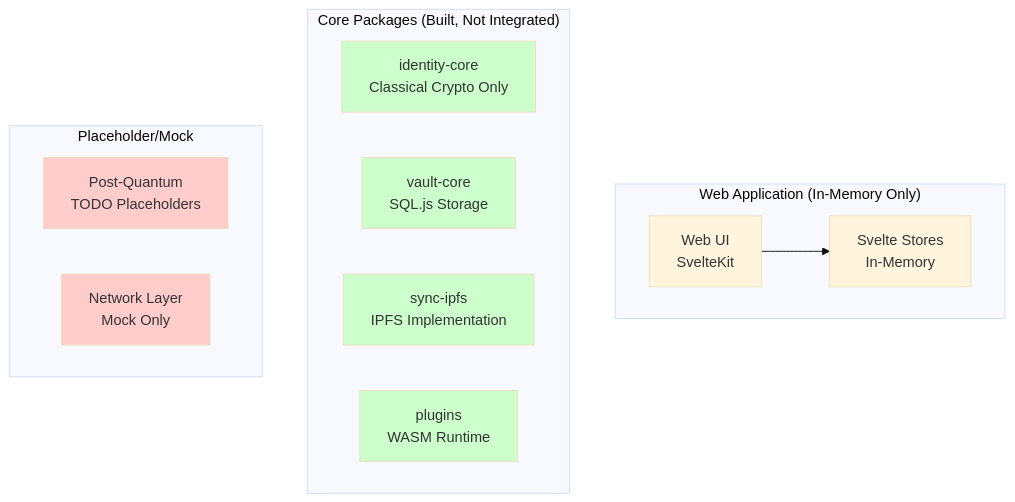
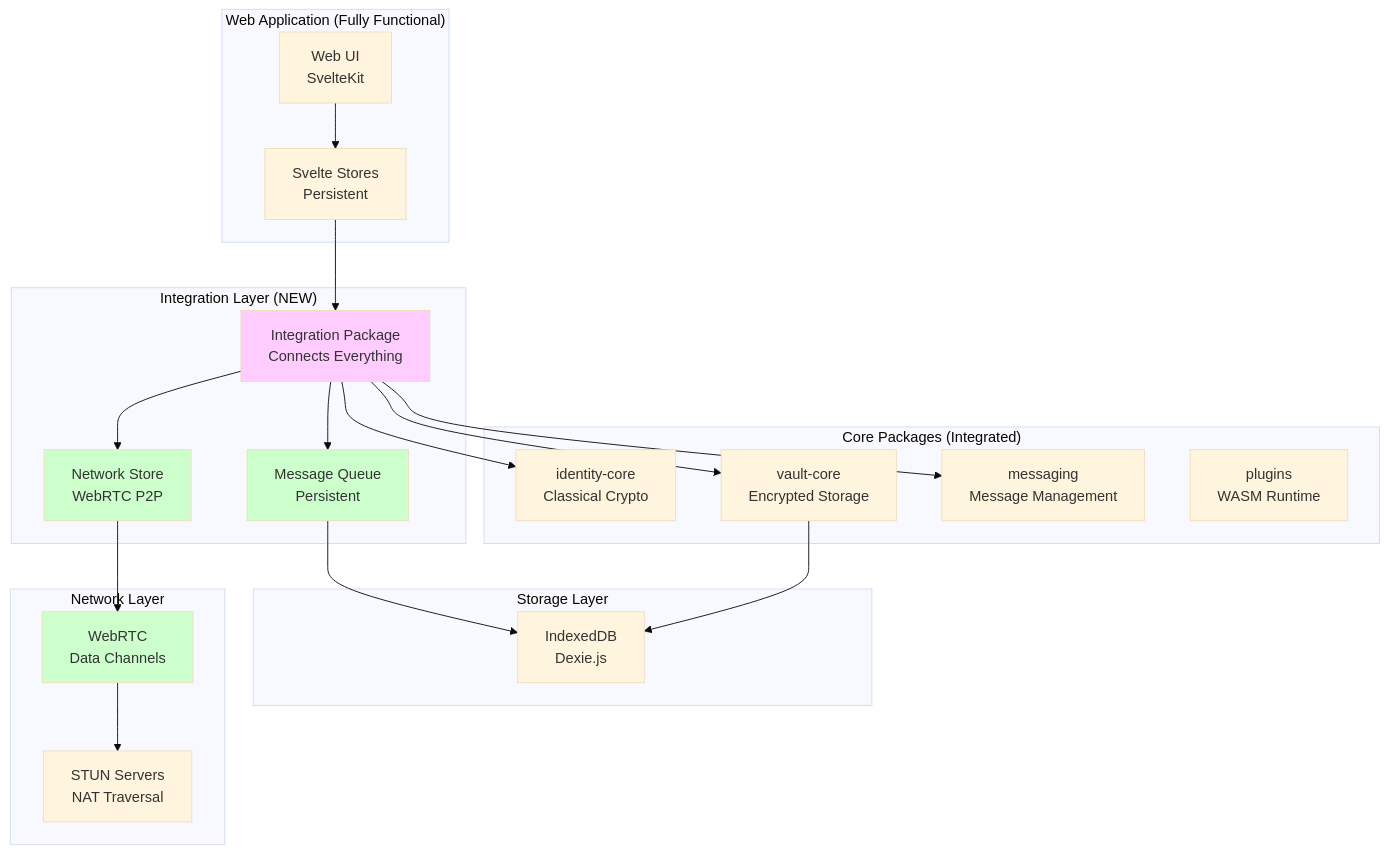
Before and after one commit to foofork/Volli: the first of 6 diagrams in docs/ARCHITECTURE.md, drawn with Mermaid (base theme). The commit also changed other lines of this file and 15 other files, not shown here.

````diff
--- a/docs/ARCHITECTURE.md
+++ b/docs/ARCHITECTURE.md
@@ -42,28 +42,46 @@
 ```mermaid
 graph TB
-    subgraph "Web Application (In-Memory Only)"
+    subgraph "Web Application (Fully Functional)"
         WEB[Web UI<br/>SvelteKit]
-        STORES[Svelte Stores<br/>In-Memory]
+        STORES[Svelte Stores<br/>Persistent]
     end
     
-    subgraph "Core Packages (Built, Not Integrated)"
-        ID[identity-core<br/>Classical Crypto Only]
-        VAULT[vault-core<br/>SQL.js Storage]
-        SYNC[sync-ipfs<br/>IPFS Implementation]
+    subgraph "Integration Layer (NEW)"
+        INT[Integration Package<br/>Connects Everything]
+        NET[Network Store<br/>WebRTC P2P]
+        QUEUE[Message Queue<br/>Persistent]
+    end
+    
+    subgraph "Core Packages (Integrated)"
+        ID[identity-core<br/>Classical Crypto]
+        VAULT[vault-core<br/>Encrypted Storage]
+        MSG[messaging<br/>Message Management]
         PLUGIN[plugins<br/>WASM Runtime]
     end
     
-    subgraph "Placeholder/Mock"
-        PQ[Post-Quantum<br/>TODO Placeholders]
-        NET[Network Layer<br/>Mock Only]
+    subgraph "Storage Layer"
+        IDB[IndexedDB<br/>Dexie.js]
+    end
+    
+    subgraph "Network Layer"
+        WEBRTC[WebRTC<br/>Data Channels]
+        STUN[STUN Servers<br/>NAT Traversal]
     end
     
     WEB --> STORES
+    STORES --> INT
+    INT --> NET
+    INT --> QUEUE
+    INT --> ID
+    INT --> VAULT
+    INT --> MSG
+    NET --> WEBRTC
+    WEBRTC --> STUN
+    VAULT --> IDB
+    QUEUE --> IDB
     
-    style PQ fill:#ffcccc
-    style NET fill:#ffcccc
-    style ID fill:#ccffcc
-    style VAULT fill:#ccffcc
-    style SYNC fill:#ccffcc
-    style PLUGIN fill:#ccffcc
+    style INT fill:#ffccff
+    style NET fill:#ccffcc
+    style QUEUE fill:#ccffcc
+    style WEBRTC fill:#ccffcc
 ```
````
